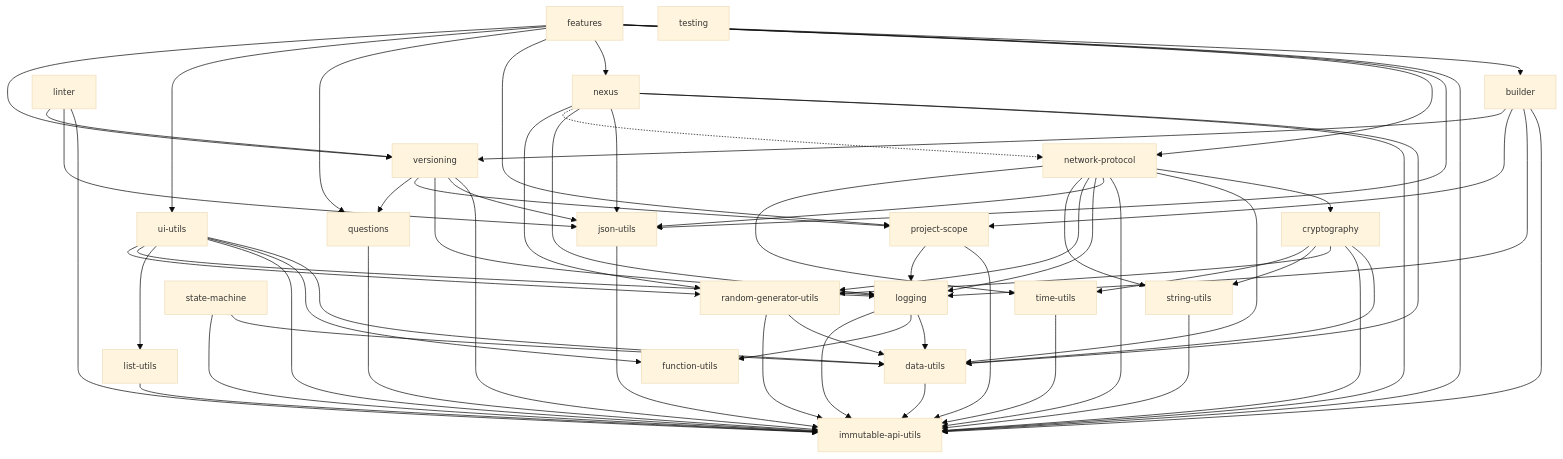
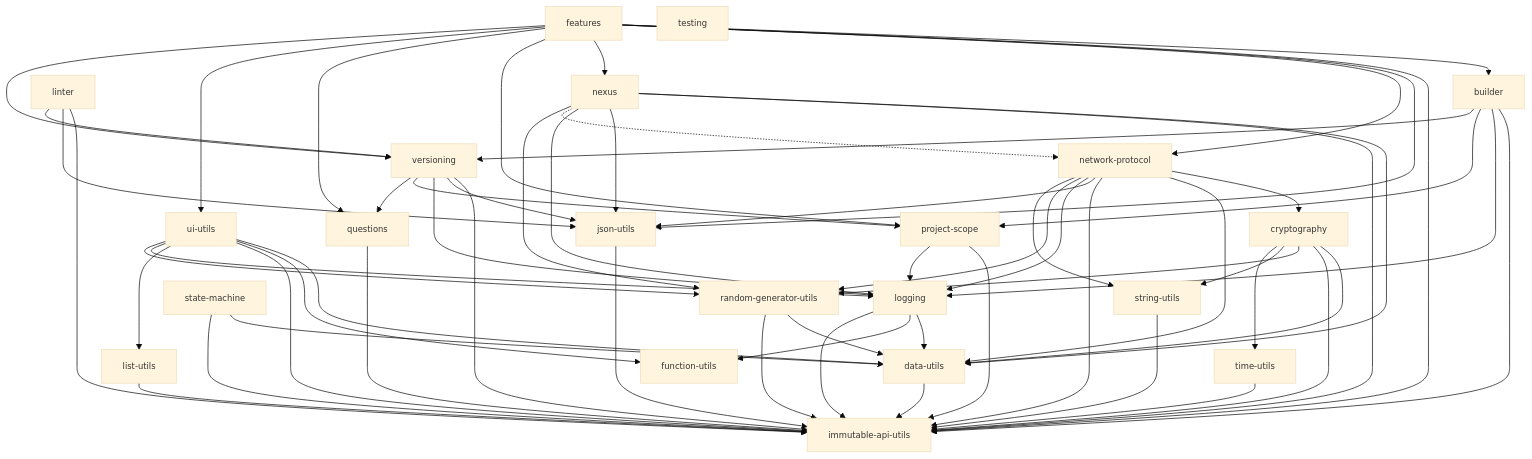
One commit to AndrewRedican/hyperfrontend changed the diagram in LIBRARY_COMPATIBILITY.md. Above: the diagram before and after it, drawn with Mermaid. The commit also changed other lines of this file, not shown here.

Commit message:
docs(@hyperfrontend/workspace): drop time-utils from network-protocol in the compatibility matrix

```diff
--- a/LIBRARY_COMPATIBILITY.md
+++ b/LIBRARY_COMPATIBILITY.md
@@ -184,7 +184,6 @@
     network_protocol --> logging
     network_protocol --> random_generator_utils
     network_protocol --> string_utils
-    network_protocol --> time_utils
     nexus --> data_utils
     nexus --> immutable_api_utils
     nexus --> json_utils
```
